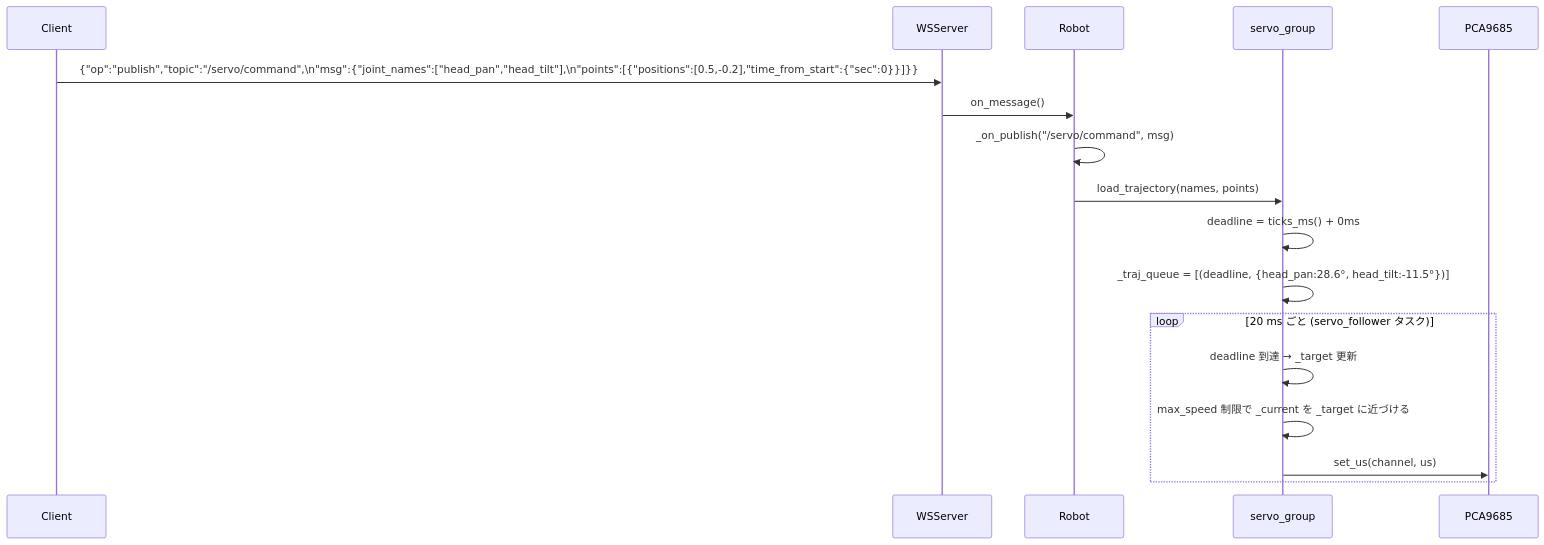
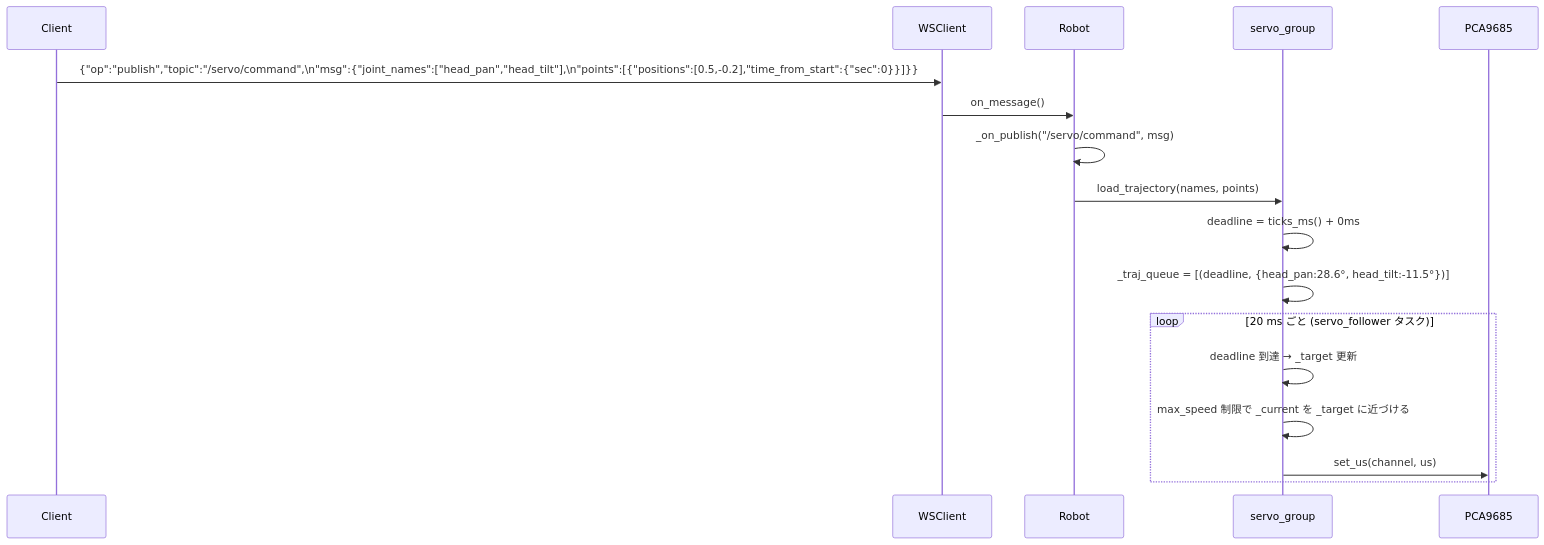
The fifth of 14 diagrams in docs/architecture/design.md (smabo-smartphone-robot/smabo-smartphone-robot.github.io), drawn with Mermaid before and after one commit. The commit also changed other lines of this file and 5 other files, not shown here.

````diff
--- a/docs/architecture/design.md
+++ b/docs/architecture/design.md
@@ -287,20 +305,20 @@
 ```mermaid
 sequenceDiagram
     participant Client
-    participant WSServer
+    participant WSClient
     participant Robot
     participant JointGroup as servo_group
 
-    Client->>WSServer: {"op":"publish","topic":"/servo/command",\n"msg":{"joint_names":["head_pan","head_tilt"],\n"points":[{"positions":[0.5,-0.2],"time_from_start":{"sec":0}}]}}
-    WSServer->>Robot: on_message()
+    Client->>WSClient: {"op":"publish","topic":"/servo/command",\n"msg":{"joint_names":["head_pan","head_tilt"],\n"points":[{"positions":[0.5,-0.2],"time_from_start":{"sec":0}}]}}
+    WSClient->>Robot: on_message()
     Robot->>Robot: _on_publish("/servo/command", msg)
     Robot->>JointGroup: load_trajectory(names, points)
     JointGroup->>JointGroup: deadline = ticks_ms() + 0ms
     JointGroup->>JointGroup: _traj_queue = [(deadline, {head_pan:28.6°, head_tilt:-11.5°})]
 
     loop 20 ms ごと (servo_follower タスク)
         JointGroup->>JointGroup: deadline 到達 → _target 更新
         JointGroup->>JointGroup: max_speed 制限で _current を _target に近づける
         JointGroup->>PCA9685: set_us(channel, us)
     end
 ```
````
